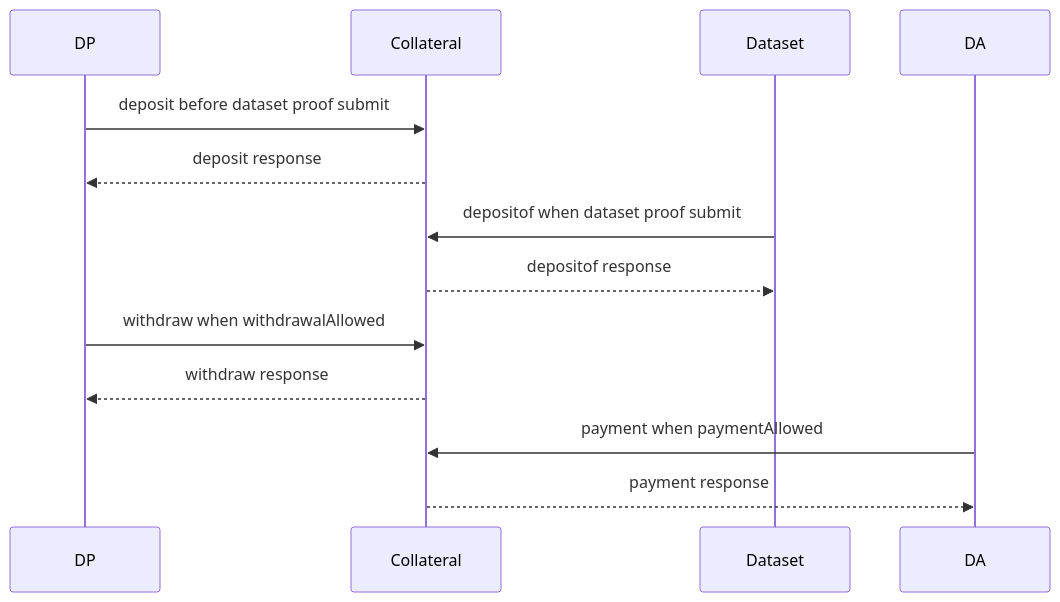
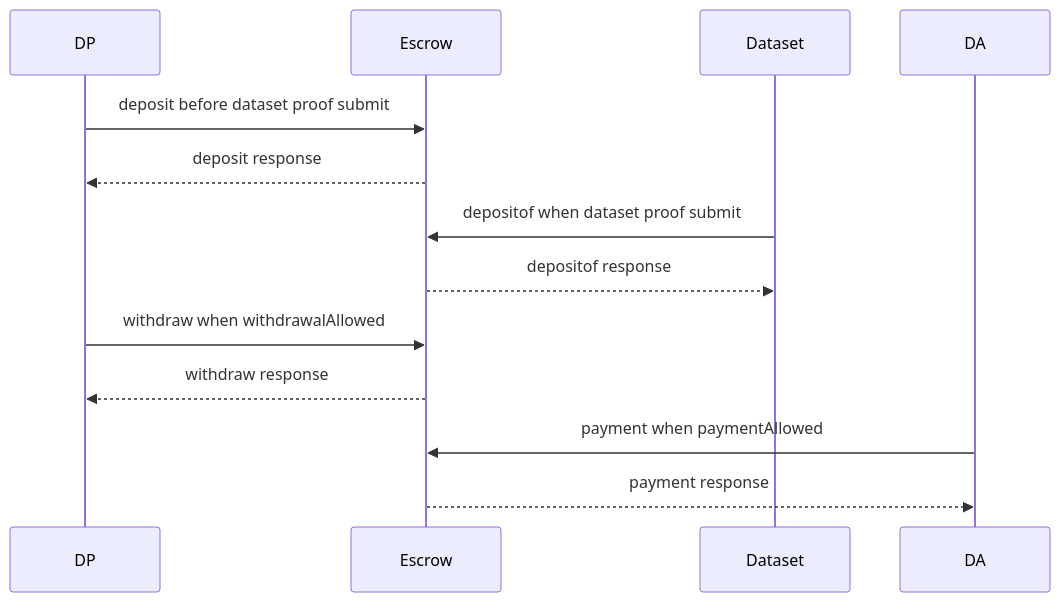
Before and after one commit to dataswap/specs: the second of 8 diagrams in systems/core/escrow/Readme.md, drawn with Mermaid. The commit also changed other lines of this file, not shown here.

````diff
--- a/systems/core/escrow/Readme.md
+++ b/systems/core/escrow/Readme.md
@@ -45,11 +45,11 @@
 ```mermaid
 sequenceDiagram
-   DP ->> Collateral: deposit before dataset proof submit
-   Collateral -->> DP: deposit response
-   Dataset ->> Collateral: depositof when dataset proof submit
-   Collateral -->> Dataset: depositof response
-   DP ->> Collateral: withdraw when withdrawalAllowed
-   Collateral -->> DP: withdraw response
-   DA ->> Collateral: payment when paymentAllowed
-   Collateral -->> DA: payment response
+   DP ->> Escrow: deposit before dataset proof submit
+   Escrow -->> DP: deposit response
+   Dataset ->> Escrow: depositof when dataset proof submit
+   Escrow -->> Dataset: depositof response
+   DP ->> Escrow: withdraw when withdrawalAllowed
+   Escrow -->> DP: withdraw response
+   DA ->> Escrow: payment when paymentAllowed
+   Escrow -->> DA: payment response
 ```
````
